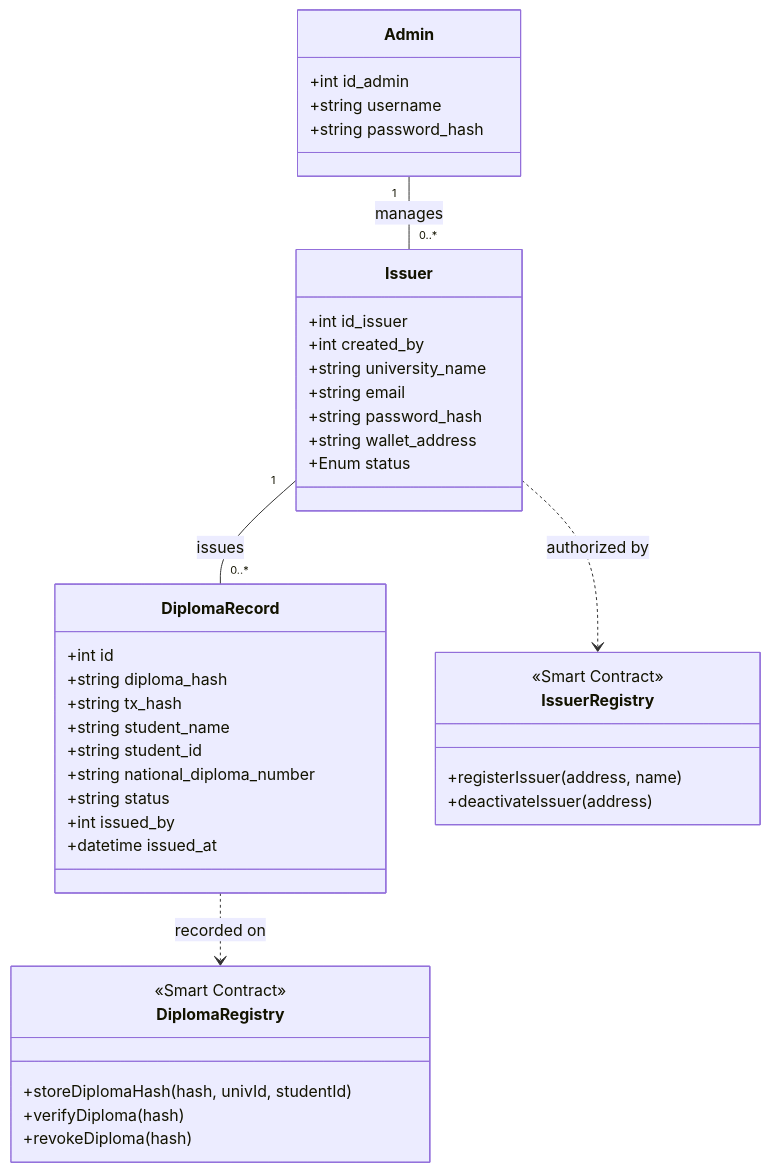
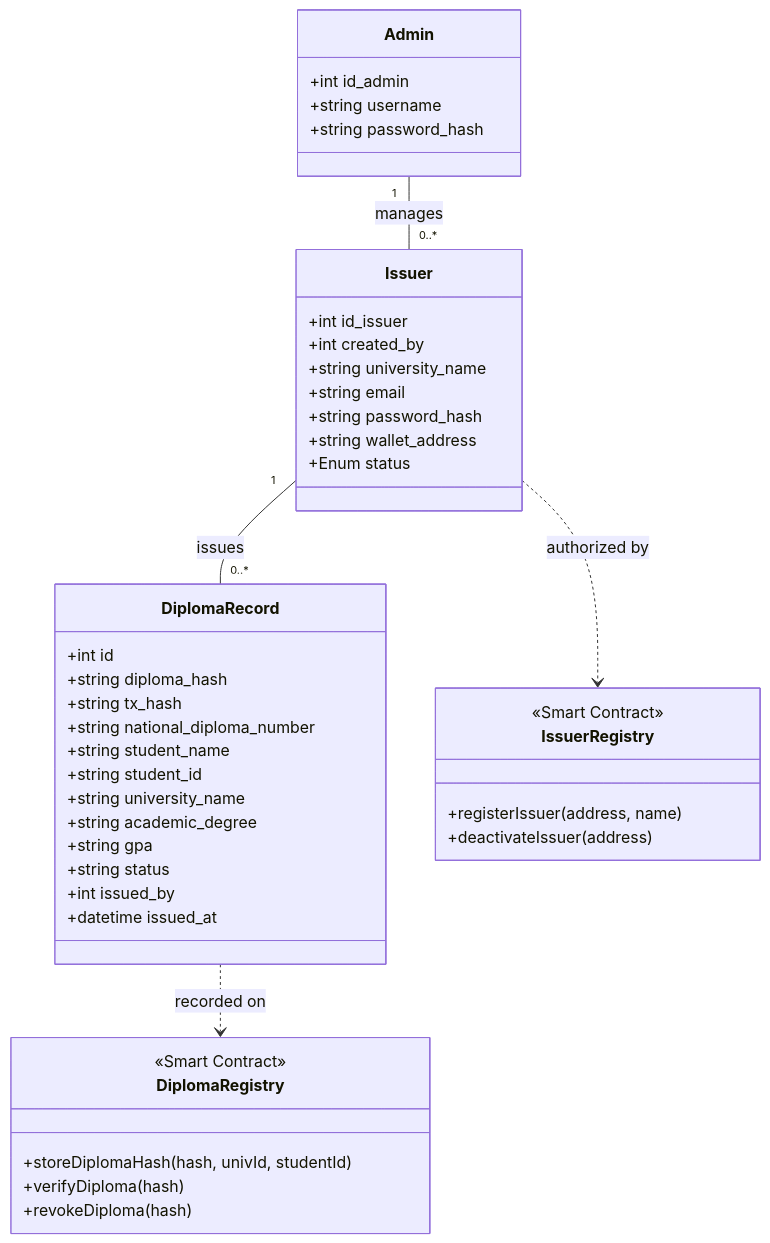
One commit to Gemilang-dev/veda-diploma-auth changed the diagram in UML_Diagram/Struktural/class_diagram.mmd. Above: the diagram before and after it, drawn with Mermaid. The commit also changed 6 other files, not shown here.

```diff
--- a/UML_Diagram/Struktural/class_diagram.mmd
+++ b/UML_Diagram/Struktural/class_diagram.mmd
@@ -1,46 +1,49 @@
 classDiagram
     class Admin {
         +int id_admin
         +string username
         +string password_hash
     }
 
     class Issuer {
         +int id_issuer
         +int created_by
         +string university_name
         +string email
         +string password_hash
         +string wallet_address
         +Enum status
     }
 
     class DiplomaRecord {
         +int id
         +string diploma_hash
         +string tx_hash
+        +string national_diploma_number
         +string student_name
         +string student_id
-        +string national_diploma_number
+        +string university_name
+        +string academic_degree
+        +string gpa
         +string status
         +int issued_by
         +datetime issued_at
     }
 
     class DiplomaRegistry {
         <<Smart Contract>>
         +storeDiplomaHash(hash, univId, studentId)
         +verifyDiploma(hash)
         +revokeDiploma(hash)
     }
 
     class IssuerRegistry {
         <<Smart Contract>>
         +registerIssuer(address, name)
         +deactivateIssuer(address)
     }
 
     Admin "1" -- "0..*" Issuer : manages
     Issuer "1" -- "0..*" DiplomaRecord : issues
     DiplomaRecord ..> DiplomaRegistry : recorded on
     Issuer ..> IssuerRegistry : authorized by
```
